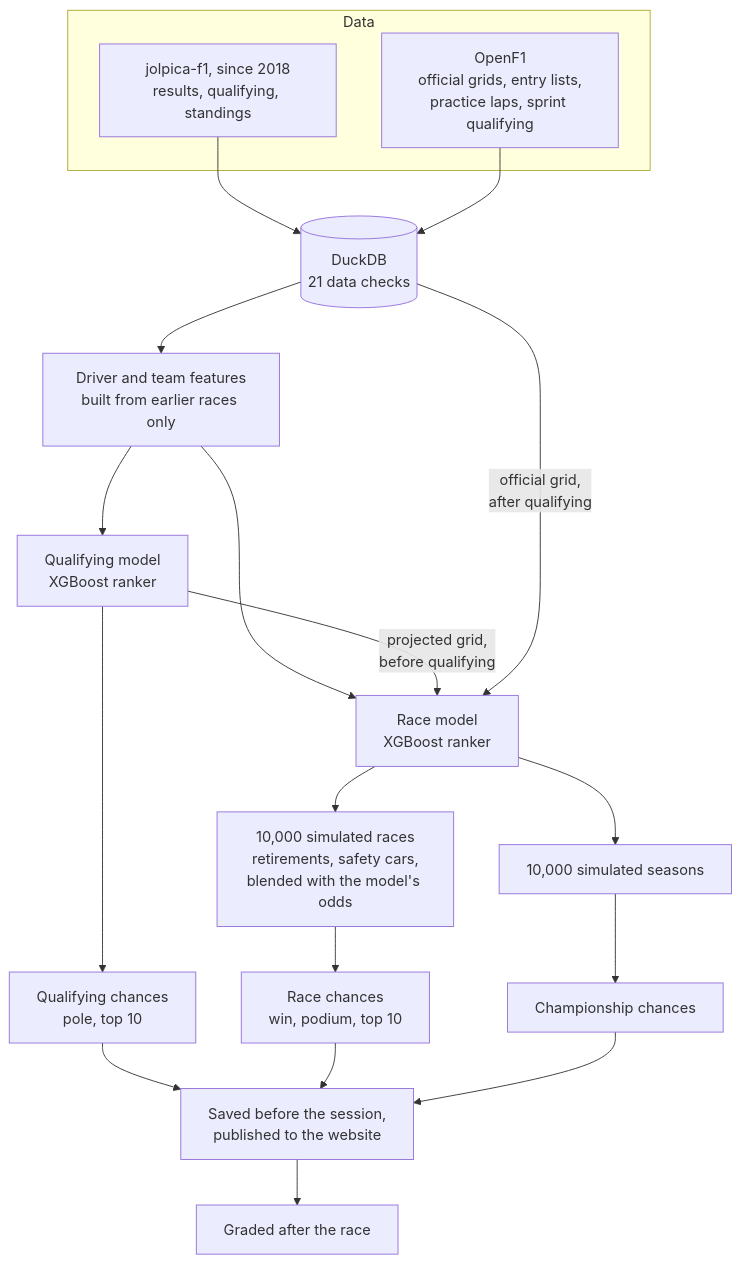
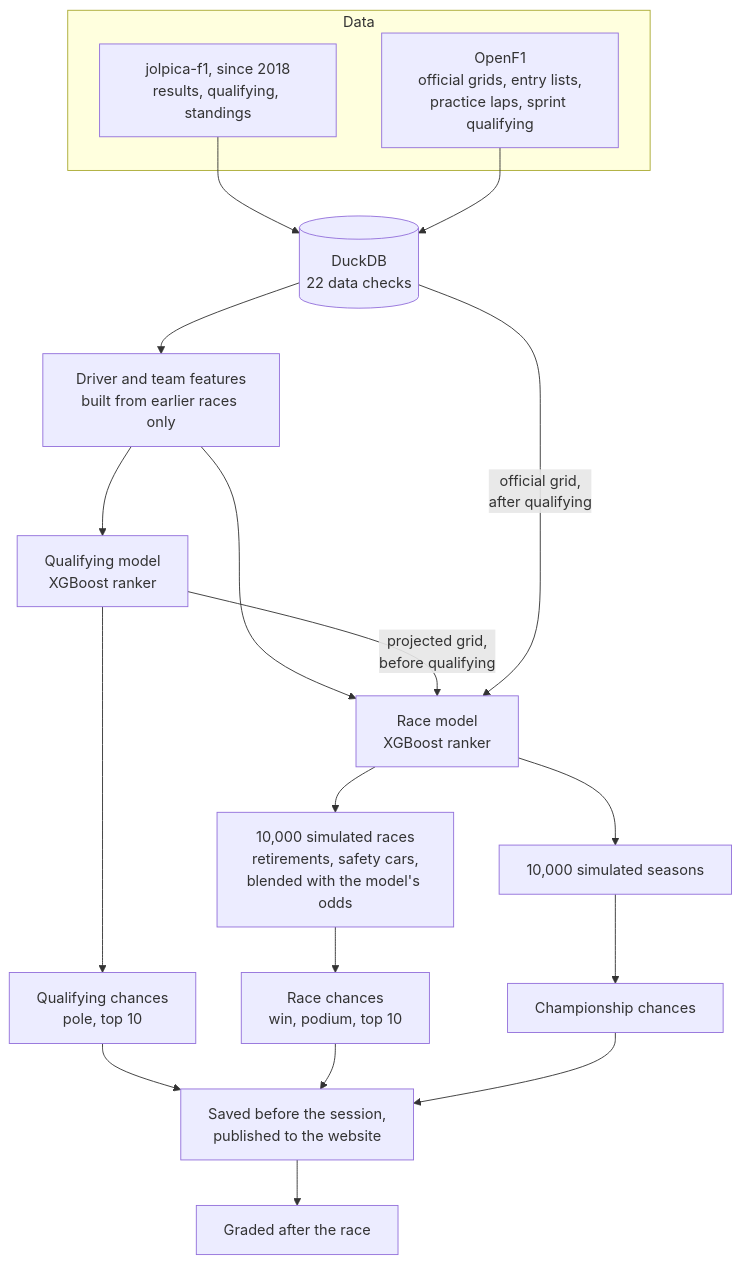
The diagram in README.md (Parikshit06/f1pred), drawn with Mermaid before and after one commit. The commit also changed other lines of this file and 4 other files, not shown here.

````diff
--- a/README.md
+++ b/README.md
@@ -41,23 +41,23 @@
 ```mermaid
 flowchart TD
     subgraph data ["Data"]
         J["jolpica-f1, since 2018<br/>results, qualifying, standings"]
         O["OpenF1<br/>official grids, entry lists,<br/>practice laps, sprint qualifying"]
     end
-    J --> DB[("DuckDB<br/>21 data checks")]
+    J --> DB[("DuckDB<br/>22 data checks")]
     O --> DB
     DB --> X["Driver and team features<br/>built from earlier races only"]
     X --> Q["Qualifying model<br/>XGBoost ranker"]
     X --> R["Race model<br/>XGBoost ranker"]
     Q -- "projected grid,<br/>before qualifying" --> R
     DB -- "official grid,<br/>after qualifying" --> R
     R --> S["10,000 simulated races<br/>retirements, safety cars,<br/>blended with the model's odds"]
     R --> T["10,000 simulated seasons"]
     Q --> P["Qualifying chances<br/>pole, top 10"]
     S --> F["Race chances<br/>win, podium, top 10"]
     T --> C["Championship chances"]
     P --> W["Saved before the session,<br/>published to the website"]
     F --> W
     C --> W
     W --> G["Graded after the race"]
 ```
````
